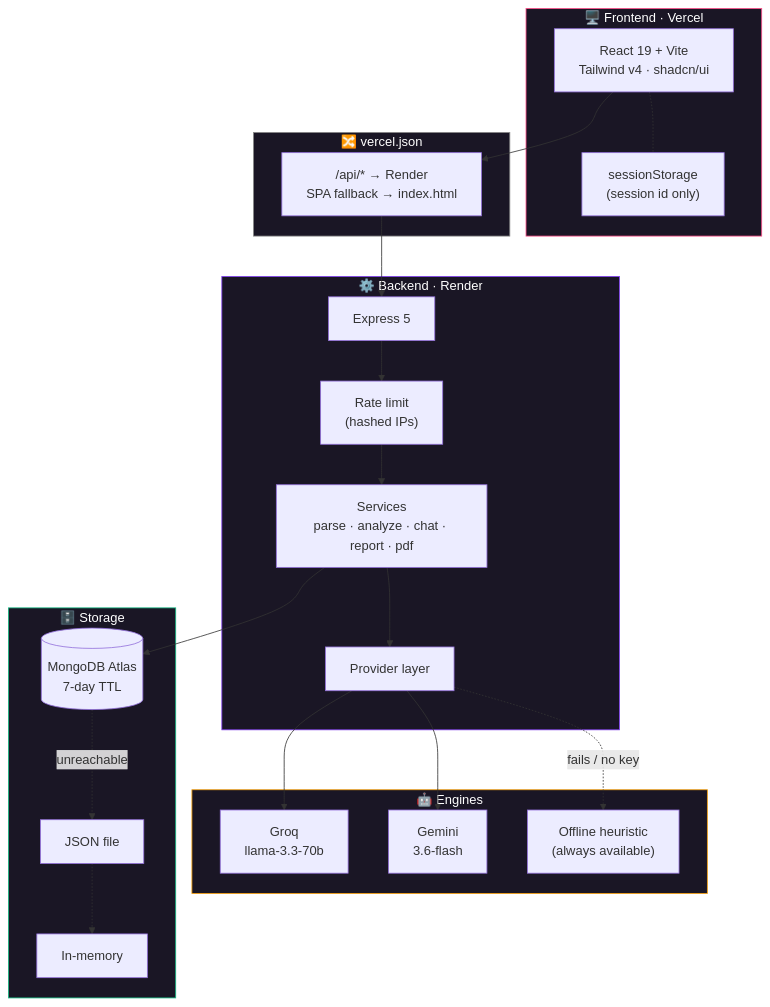
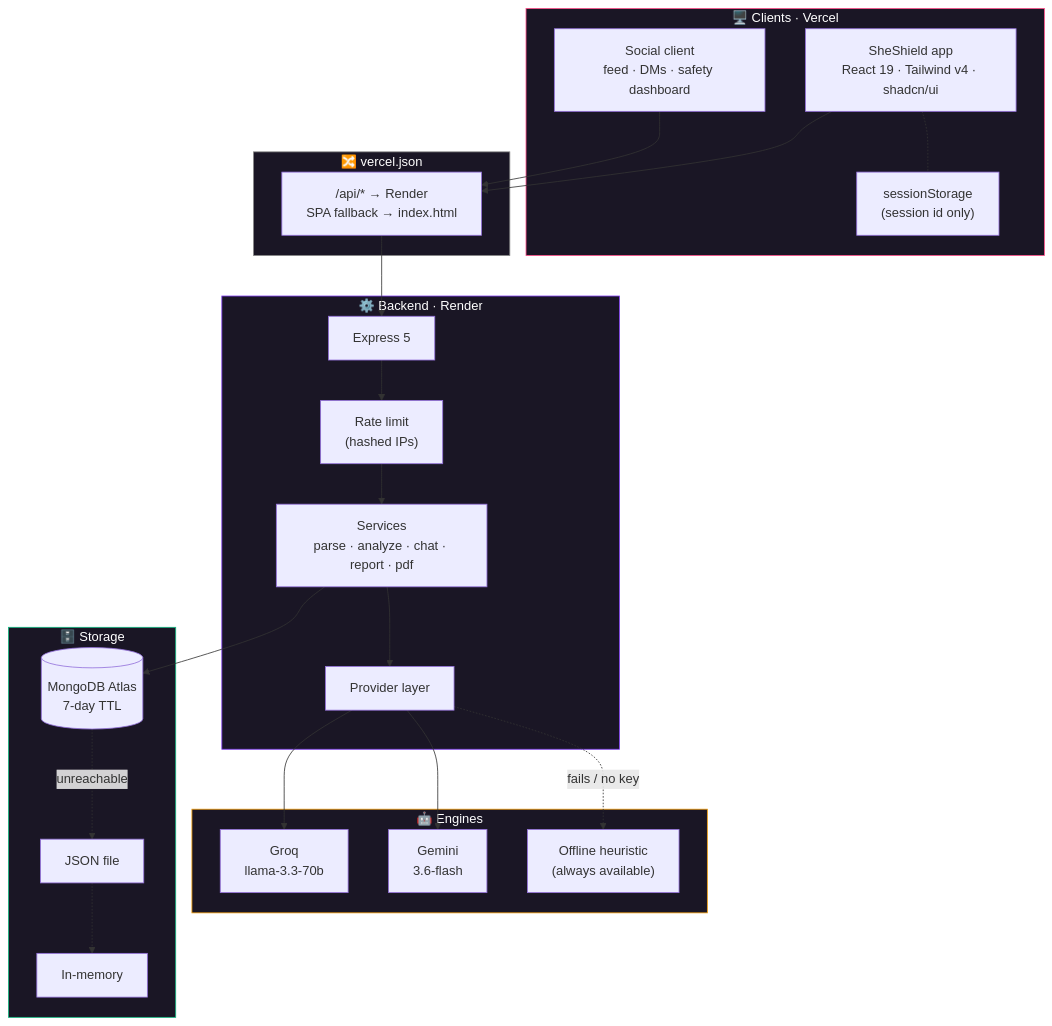
The second of 5 diagrams in README.md (rohithmt18/SheShield-AI), drawn with Mermaid before and after one commit. The commit also changed other lines of this file, not shown here.

First line of the commit message:
Document the social client in the README

````diff
--- a/README.md
+++ b/README.md
@@ -84,43 +85,46 @@
 ```mermaid
 flowchart TB
-    subgraph Client["🖥️ Frontend · Vercel"]
-        UI["React 19 + Vite<br/>Tailwind v4 · shadcn/ui"]
+    subgraph Client["🖥️ Clients · Vercel"]
+        UI["SheShield app<br/>React 19 · Tailwind v4 · shadcn/ui"]
+        SOC["Social client<br/>feed · DMs · safety dashboard"]
         SS["sessionStorage<br/>(session id only)"]
     end
 
     subgraph Edge["🔀 vercel.json"]
         RW["/api/* → Render<br/>SPA fallback → index.html"]
     end
 
     subgraph API["⚙️ Backend · Render"]
         EX["Express 5"]
         RL["Rate limit<br/>(hashed IPs)"]
         SVC["Services<br/>parse · analyze · chat · report · pdf"]
         PROV["Provider layer"]
     end
 
     subgraph AI["🤖 Engines"]
         GQ["Groq<br/>llama-3.3-70b"]
         GM["Gemini<br/>3.6-flash"]
         HEU["Offline heuristic<br/>(always available)"]
     end
 
     subgraph Data["🗄️ Storage"]
         MDB[("MongoDB Atlas<br/>7-day TTL")]
         JF["JSON file"]
         MEM["In-memory"]
     end
 
-    UI --> RW --> EX --> RL --> SVC --> PROV
+    UI --> RW
+    SOC --> RW
+    RW --> EX --> RL --> SVC --> PROV
     PROV --> GQ & GM
     PROV -.->|"fails / no key"| HEU
     SVC --> MDB
     MDB -.->|"unreachable"| JF -.-> MEM
     UI -.- SS
 
     style Client fill:#1a1625,stroke:#ff4f8b,color:#fff
     style Edge fill:#1a1625,stroke:#888,color:#fff
     style API fill:#1a1625,stroke:#7c3aed,color:#fff
     style AI fill:#1a1625,stroke:#f59e0b,color:#fff
     style Data fill:#1a1625,stroke:#10b981,color:#fff
 ```
````
